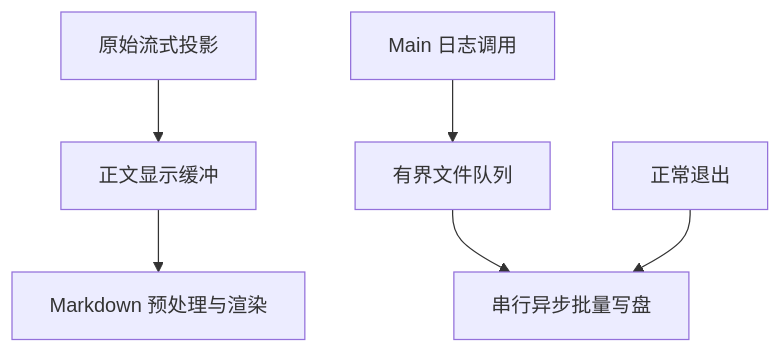
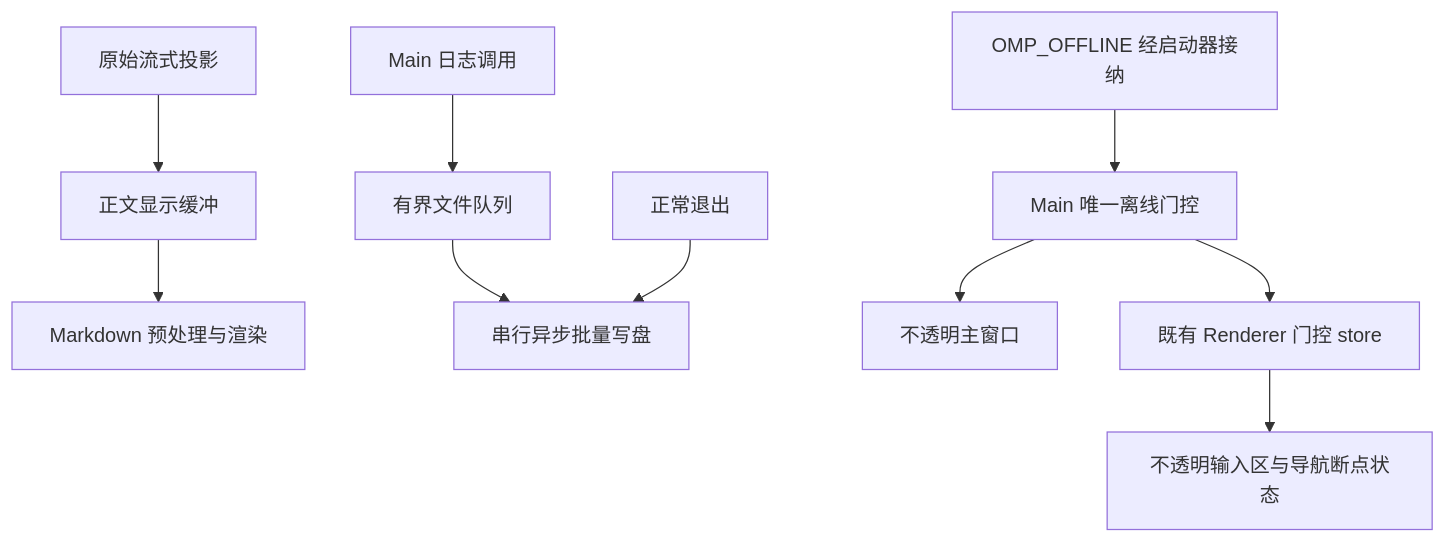
Before and after one commit to jchanghong023/OmpCode: the diagram in docs/requirements/centos7-performance.md, drawn with Mermaid. The commit also changed other lines of this file and 7 other files, not shown here.

````diff
--- a/docs/requirements/centos7-performance.md
+++ b/docs/requirements/centos7-performance.md
@@ -17,8 +19,12 @@
 ```mermaid
 flowchart TD
     A[原始流式投影] --> B[正文显示缓冲]
     B --> C[Markdown 预处理与渲染]
     D[Main 日志调用] --> E[有界文件队列]
     E --> F[串行异步批量写盘]
     G[正常退出] --> F
+    H[OMP_OFFLINE 经启动器接纳] --> I[Main 唯一离线门控]
+    I --> J[不透明主窗口]
+    I --> K[既有 Renderer 门控 store]
+    K --> L[不透明输入区与导航断点状态]
 ```
````
